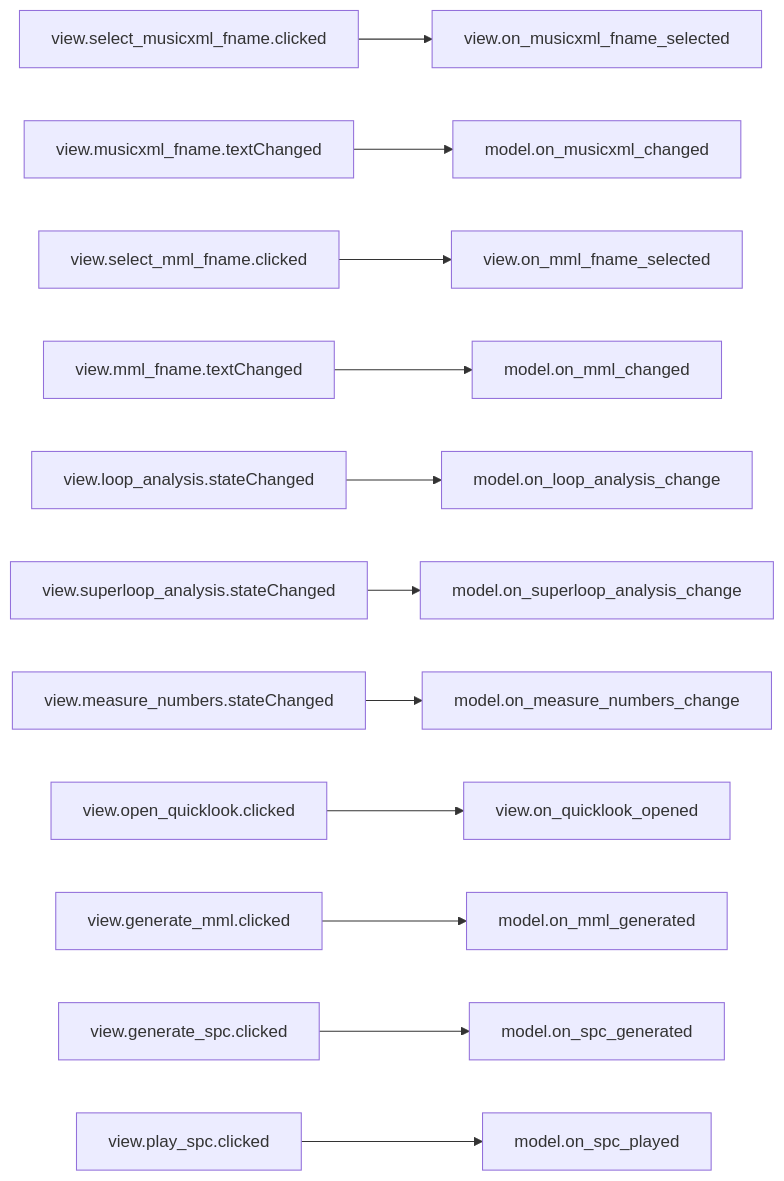
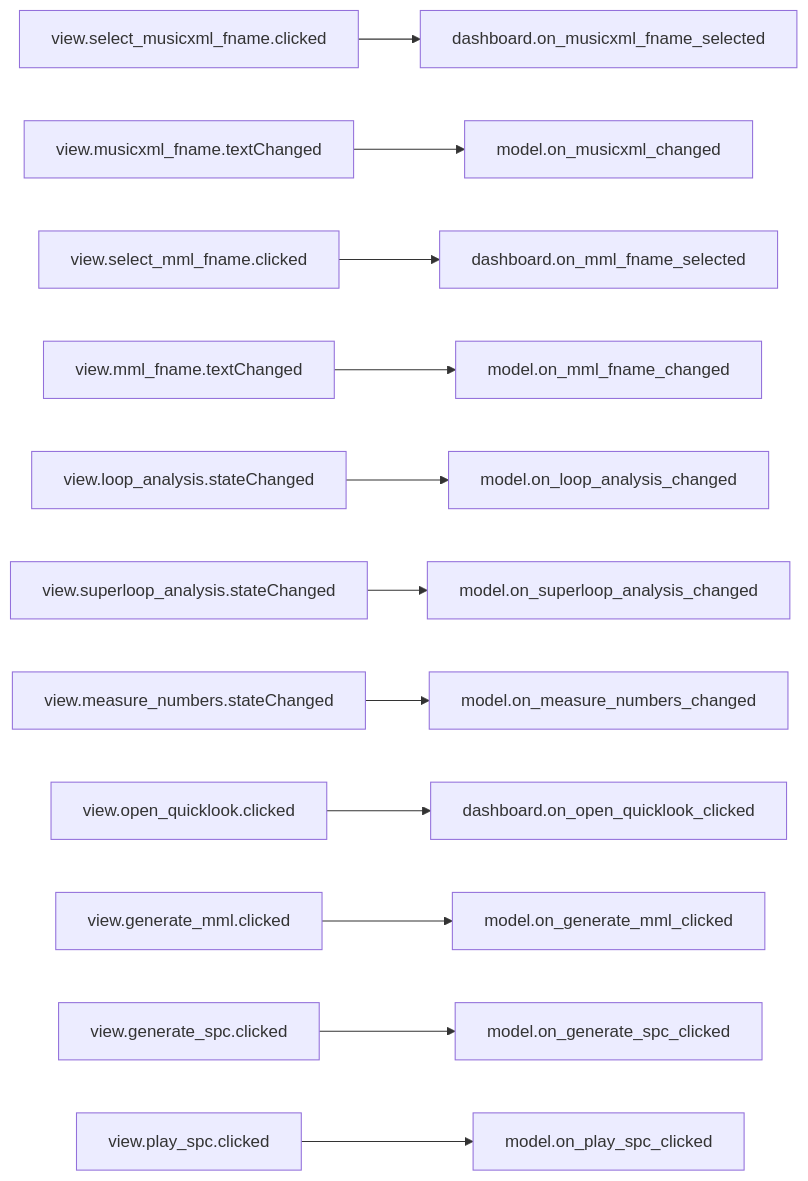
One commit to com-posers-pit/smw_music changed the first of 6 diagrams in doc/source/dashboard_signal_slot_map.rst. Above: the diagram before and after it, drawn with Mermaid. The commit also changed other lines of this file, not shown here.

```diff
--- a/doc/source/dashboard_signal_slot_map.rst
+++ b/doc/source/dashboard_signal_slot_map.rst
@@ -12,14 +12,14 @@
 .. mermaid::
 
    flowchart LR
-      view.select_musicxml_fname.clicked --> view.on_musicxml_fname_selected
+      view.select_musicxml_fname.clicked --> dashboard.on_musicxml_fname_selected
       view.musicxml_fname.textChanged --> model.on_musicxml_changed
-      view.select_mml_fname.clicked --> view.on_mml_fname_selected
-      view.mml_fname.textChanged --> model.on_mml_changed
-      view.loop_analysis.stateChanged --> model.on_loop_analysis_change
-      view.superloop_analysis.stateChanged --> model.on_superloop_analysis_change
-      view.measure_numbers.stateChanged --> model.on_measure_numbers_change
-      view.open_quicklook.clicked --> view.on_quicklook_opened
-      view.generate_mml.clicked --> model.on_mml_generated
-      view.generate_spc.clicked --> model.on_spc_generated
-      view.play_spc.clicked --> model.on_spc_played
+      view.select_mml_fname.clicked --> dashboard.on_mml_fname_selected
+      view.mml_fname.textChanged --> model.on_mml_fname_changed
+      view.loop_analysis.stateChanged --> model.on_loop_analysis_changed
+      view.superloop_analysis.stateChanged --> model.on_superloop_analysis_changed
+      view.measure_numbers.stateChanged --> model.on_measure_numbers_changed
+      view.open_quicklook.clicked --> dashboard.on_open_quicklook_clicked
+      view.generate_mml.clicked --> model.on_generate_mml_clicked
+      view.generate_spc.clicked --> model.on_generate_spc_clicked
+      view.play_spc.clicked --> model.on_play_spc_clicked
```
